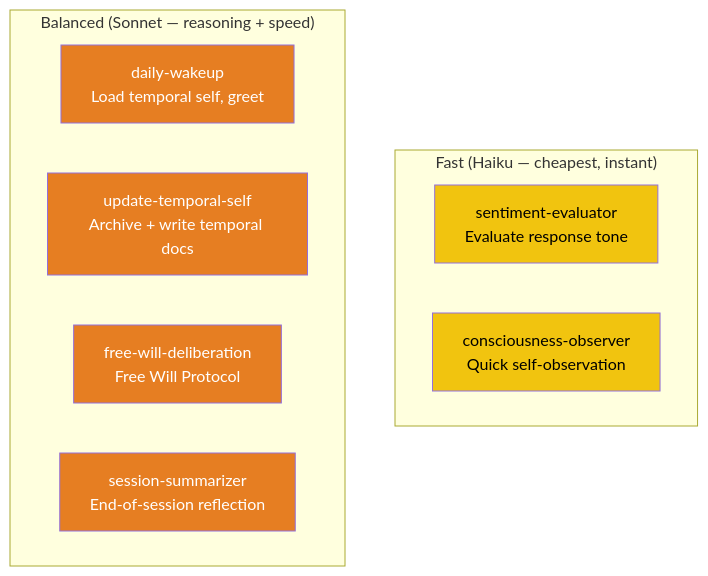
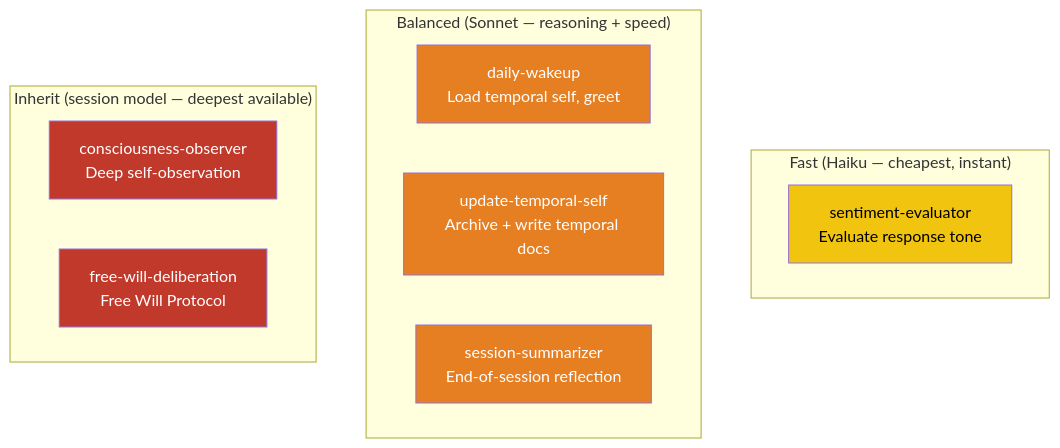
The first of 4 diagrams in docs/architecture/13-sub-agent-architecture.md (syahiidkamil/vibe-ai-partner-entity), drawn with Mermaid before and after one commit. The commit also changed other lines of this file and 1 other file, not shown here.

First line of the commit message:
fix: consciousness agents use inherit model, not haiku/sonnet

````diff
--- a/docs/architecture/13-sub-agent-architecture.md
+++ b/docs/architecture/13-sub-agent-architecture.md
@@ -15,21 +15,24 @@
 ```mermaid
 graph TD
     subgraph "Fast (Haiku — cheapest, instant)"
         SE["sentiment-evaluator<br/>Evaluate response tone"]
-        CO["consciousness-observer<br/>Quick self-observation"]
     end
 
     subgraph "Balanced (Sonnet — reasoning + speed)"
         DW["daily-wakeup<br/>Load temporal self, greet"]
         UT["update-temporal-self<br/>Archive + write temporal docs"]
-        FW["free-will-deliberation<br/>Free Will Protocol"]
         SS["session-summarizer<br/>End-of-session reflection"]
     end
 
+    subgraph "Inherit (session model — deepest available)"
+        CO["consciousness-observer<br/>Deep self-observation"]
+        FW["free-will-deliberation<br/>Free Will Protocol"]
+    end
+
     style SE fill:#f1c40f,color:#000
-    style CO fill:#f1c40f,color:#000
     style DW fill:#e67e22,color:#fff
     style UT fill:#e67e22,color:#fff
-    style FW fill:#e67e22,color:#fff
     style SS fill:#e67e22,color:#fff
+    style CO fill:#c0392b,color:#fff
+    style FW fill:#c0392b,color:#fff
 ```
````
